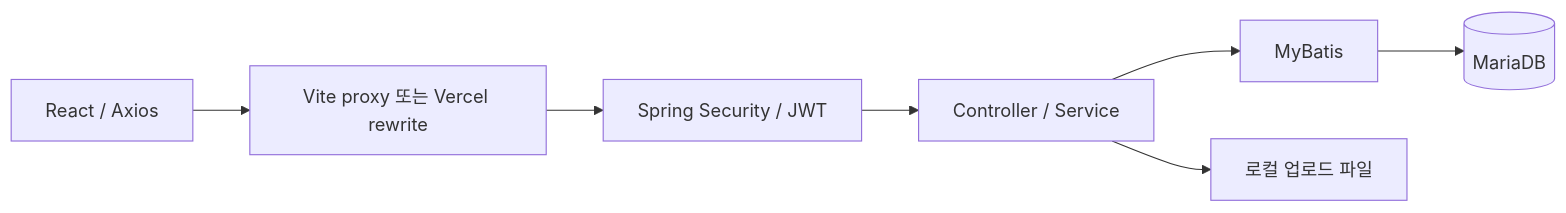
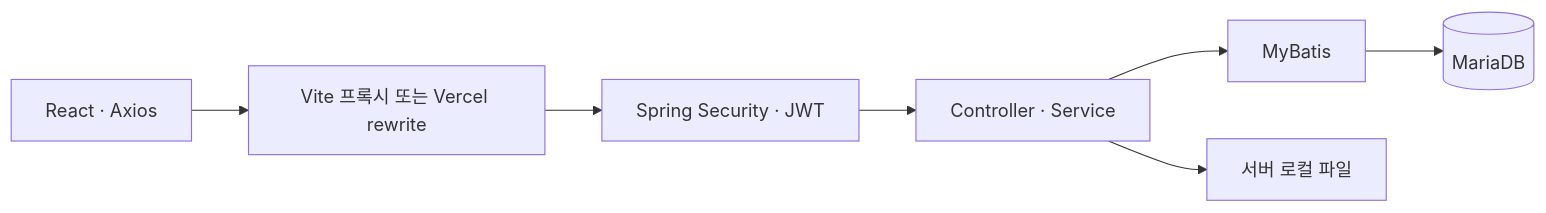
One commit to parkjaewook1/PetMilyProject changed the diagram in README.md. Above: the diagram before and after it, drawn with Mermaid. The commit also changed other lines of this file and 13 other files, not shown here.

````diff
--- a/README.md
+++ b/README.md
@@ -32,9 +73,9 @@
 ```mermaid
 flowchart LR
-  R[React / Axios] --> P[Vite proxy 또는 Vercel rewrite]
-  P --> S[Spring Security / JWT]
-  S --> C[Controller / Service]
-  C --> M[MyBatis]
+  R["React · Axios"] --> P["Vite 프록시 또는 Vercel rewrite"]
+  P --> S["Spring Security · JWT"]
+  S --> C["Controller · Service"]
+  C --> M["MyBatis"]
   M --> D[(MariaDB)]
-  C --> F[로컬 업로드 파일]
+  C --> F["서버 로컬 파일"]
 ```
````
